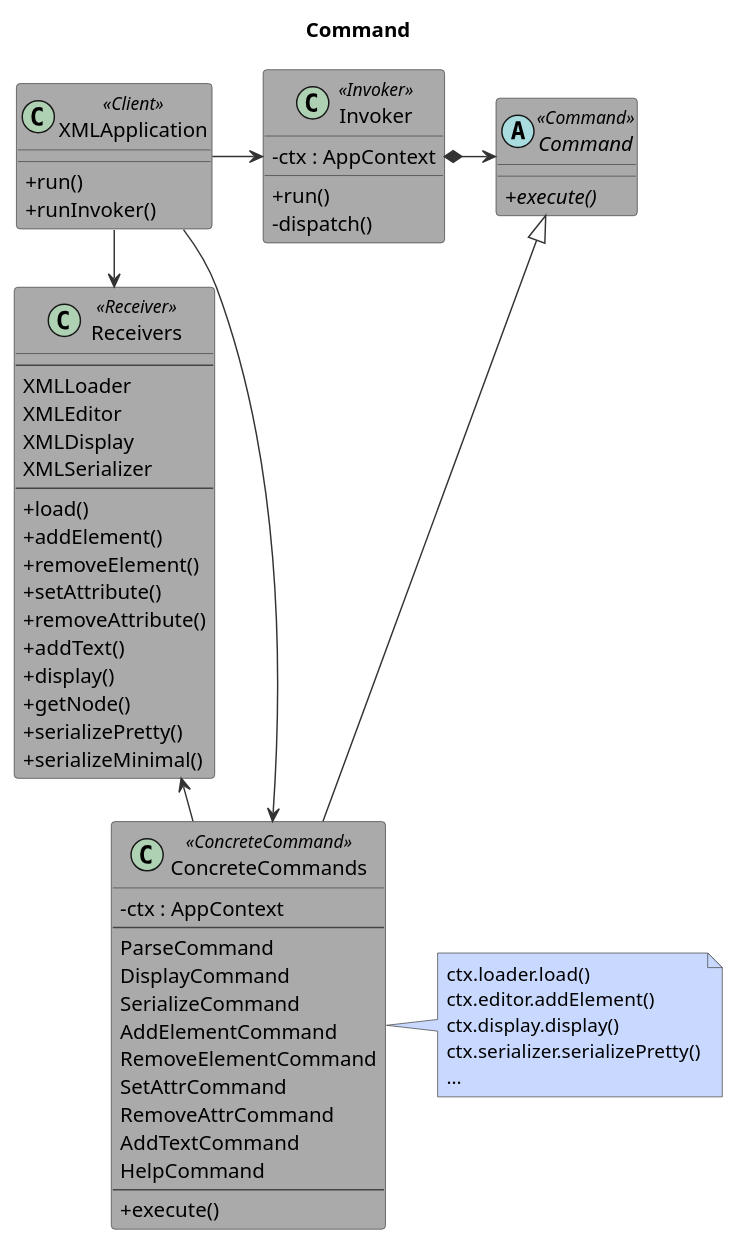
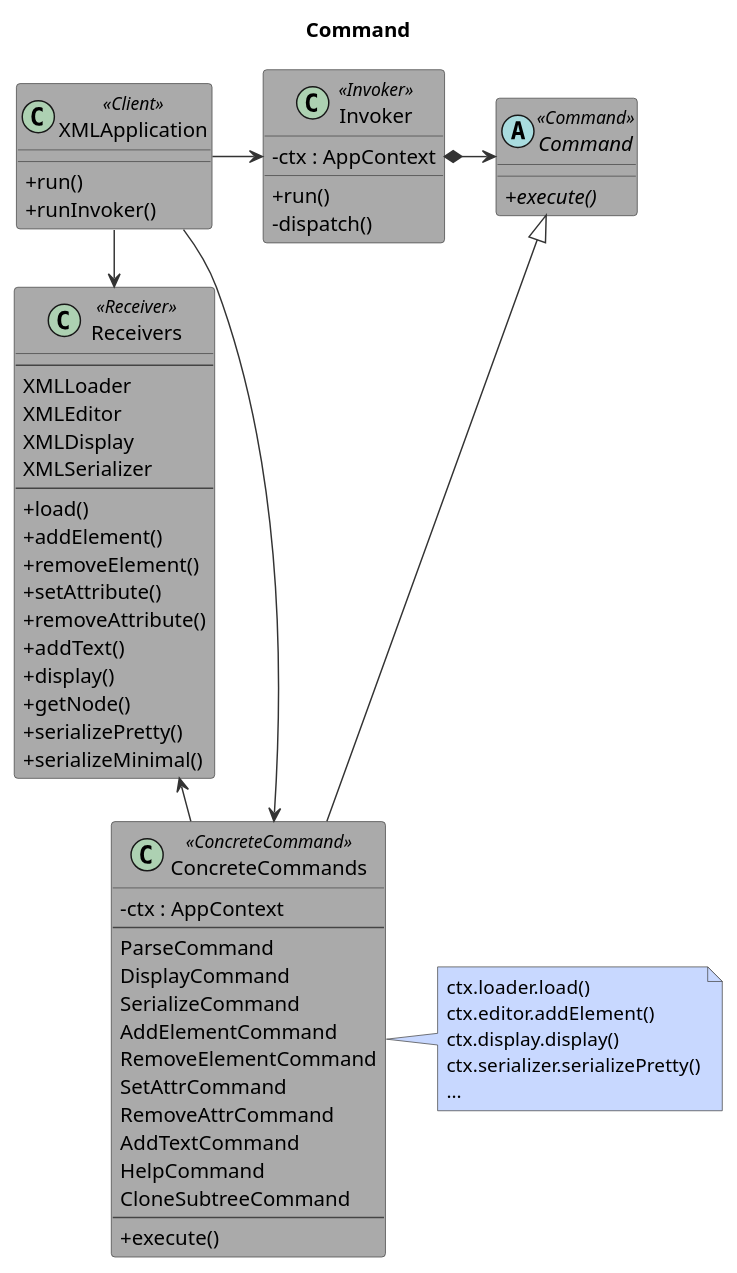
The diagram in assignment_11/uml/CommandPattern.puml (mgyllenhoff/software-patterns), drawn with PlantUML before and after one commit. The commit also changed 18 other files, not shown here.

```diff
--- a/assignment_11/uml/CommandPattern.puml
+++ b/assignment_11/uml/CommandPattern.puml
@@ -1,100 +1,101 @@
 @startuml CommandPattern
 
 title Command
 
 skinparam classAttributeIconSize 0
 skinparam class {
     BackgroundColor #AAAAAA
     BorderColor     #444444
     FontColor       black
 }
 skinparam note {
     BackgroundColor #C8D8FF
     BorderColor     #444444
 }
 skinparam arrow {
     Color           #333333
 }
 
 ' ─── Row 1: Client | Invoker | Command ───────────────────────────────────────
 
 class XMLApplication <<Client>> {
     +run()
     +runInvoker()
 }
 
 class Invoker <<Invoker>> {
     -ctx : AppContext
     +run()
     -dispatch()
 }
 
 abstract class Command <<Command>> {
     {abstract} +execute()
 }
 
 ' ─── Row 2: Receivers | ConcreteCommands ─────────────────────────────────────
 
 class Receivers <<Receiver>> {
     --
     XMLLoader
     XMLEditor
     XMLDisplay
     XMLSerializer
     --
     +load()
     +addElement()
     +removeElement()
     +setAttribute()
     +removeAttribute()
     +addText()
     +display()
     +getNode()
     +serializePretty()
     +serializeMinimal()
 }
 
 class ConcreteCommands <<ConcreteCommand>> {
     -ctx : AppContext
     --
     ParseCommand
     DisplayCommand
     SerializeCommand
     AddElementCommand
     RemoveElementCommand
     SetAttrCommand
     RemoveAttrCommand
     AddTextCommand
     HelpCommand
+    CloneSubtreeCommand
     --
     +execute()
 }
 
 ' ─── Relationships ───────────────────────────────────────────────────────────
 
 ' Client → Invoker
 XMLApplication -right-> Invoker
 
 ' Invoker ◆→ Command  (Invoker dispatches through the abstract interface)
 Invoker *-> Command
 
 ' Client «creates» ConcreteCommands (through Invoker::dispatch at runtime)
 XMLApplication -> ConcreteCommands
 
 XMLApplication -> Receivers
 
 ' ConcreteCommands inherit Command
 Command <|-- ConcreteCommands
 
 ' ConcreteCommands → Receivers (via ctx)
 ConcreteCommands -left-> Receivers : ctx
 
 note right of ConcreteCommands
     ctx.loader.load()
     ctx.editor.addElement()
     ctx.display.display()
     ctx.serializer.serializePretty()
     ...
 end note
 
 @enduml
```
